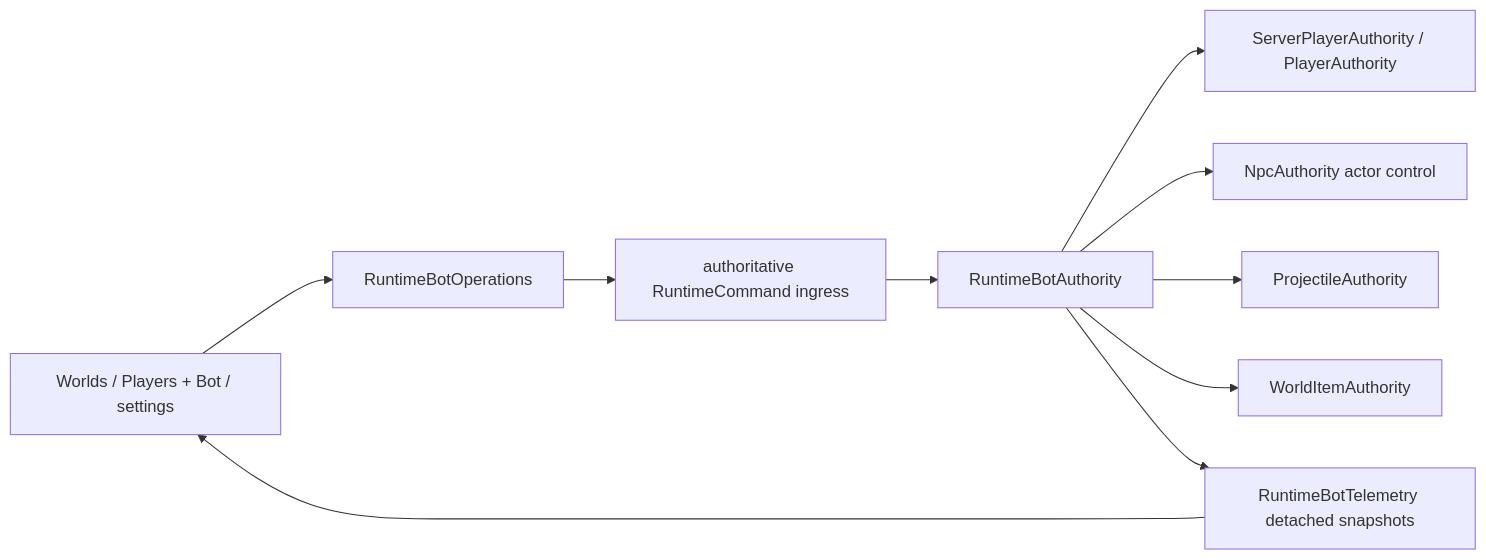
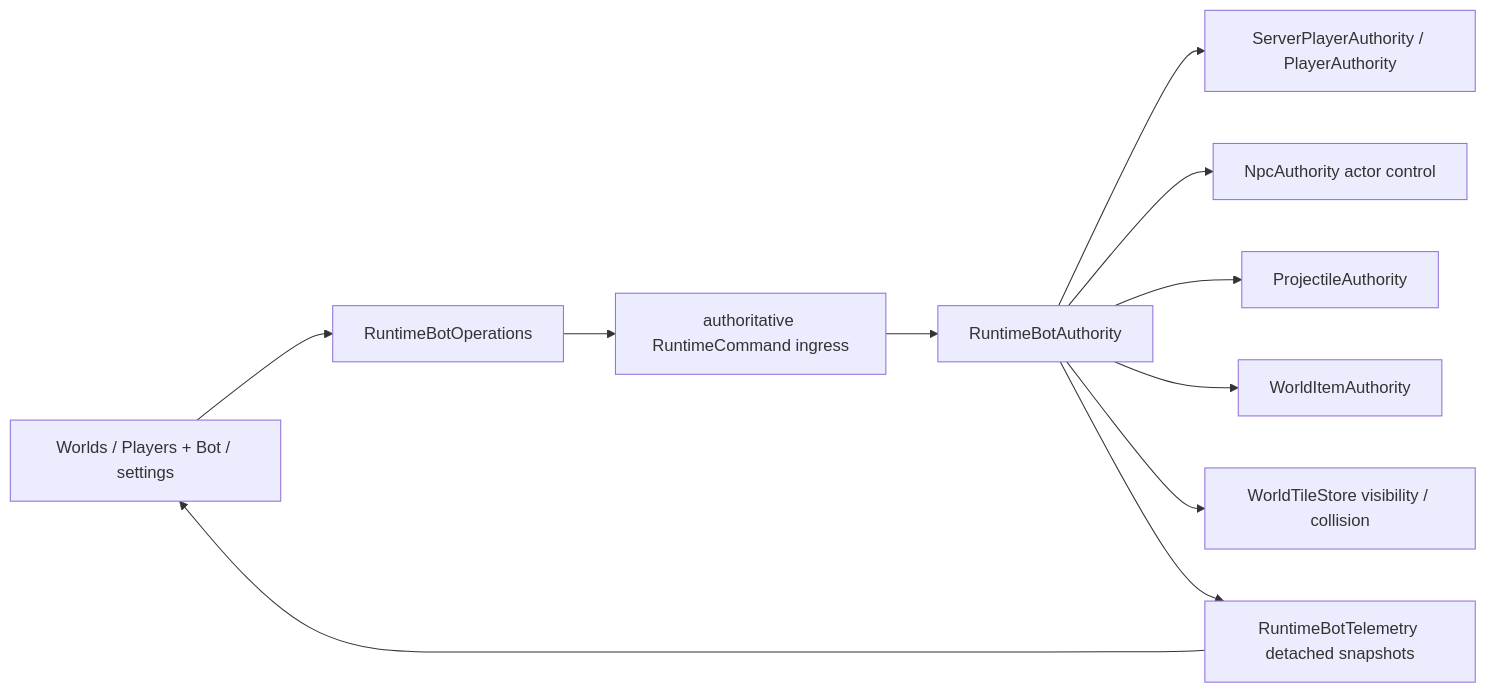
The seventh of 8 diagrams in docs/agent-memory/production-graph.md (VegaKernel/TerraRuntime), drawn with Mermaid before and after one commit. The commit also changed other lines of this file and 35 other files, not shown here.

````diff
--- a/docs/agent-memory/production-graph.md
+++ b/docs/agent-memory/production-graph.md
@@ -205,19 +205,21 @@
 ```mermaid
 flowchart LR
     TUI[Worlds / Players + Bot / settings]
     Ops[RuntimeBotOperations]
     Queue[authoritative RuntimeCommand ingress]
     Bots[RuntimeBotAuthority]
     SP[ServerPlayerAuthority / PlayerAuthority]
     NPC[NpcAuthority actor control]
     Proj[ProjectileAuthority]
     Items[WorldItemAuthority]
+    Tiles[WorldTileStore visibility / collision]
     Telemetry[RuntimeBotTelemetry detached snapshots]
 
     TUI --> Ops --> Queue --> Bots
     Bots --> SP
     Bots --> NPC
     Bots --> Proj
     Bots --> Items
+    Bots --> Tiles
     Bots --> Telemetry --> TUI
 ```
````
